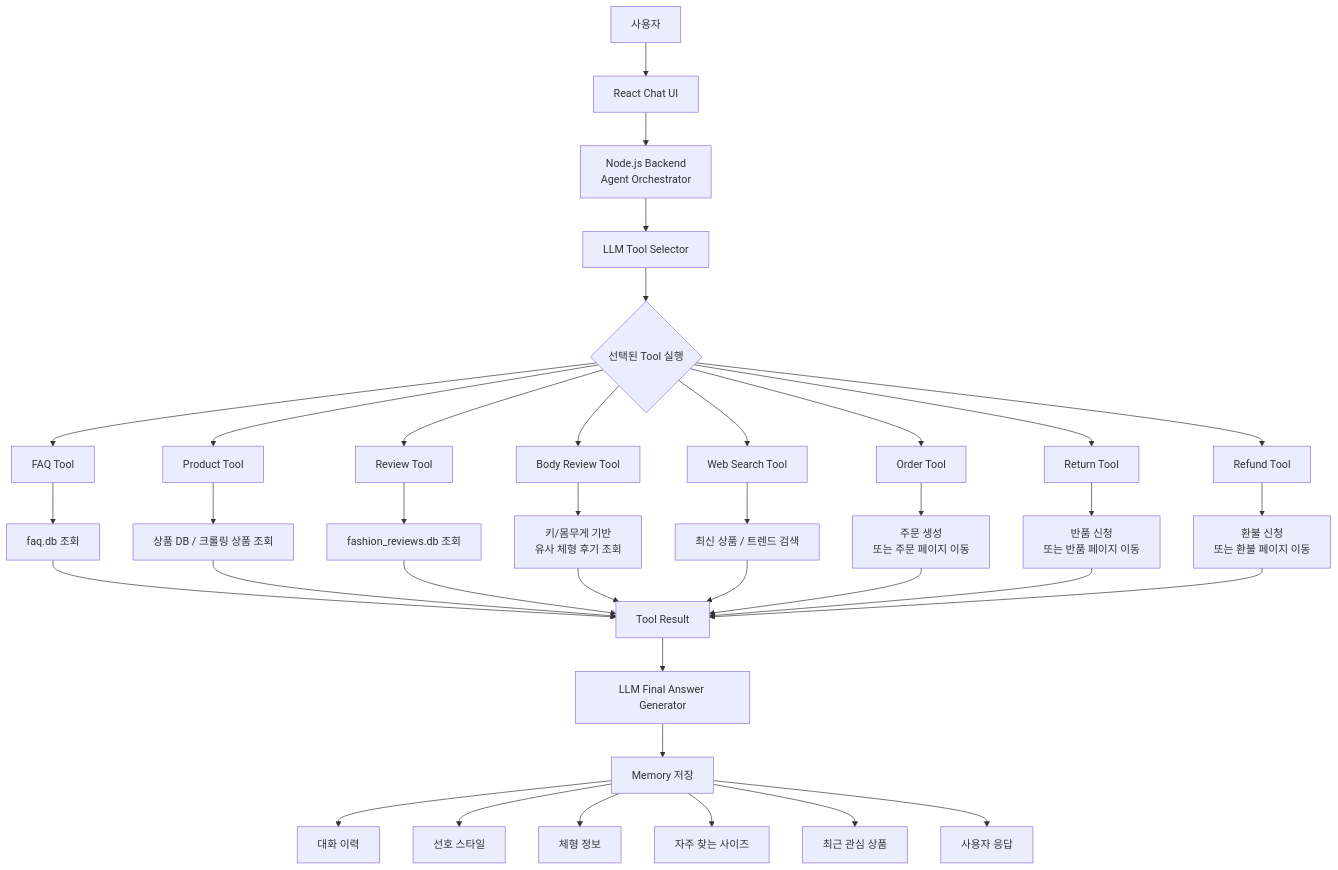
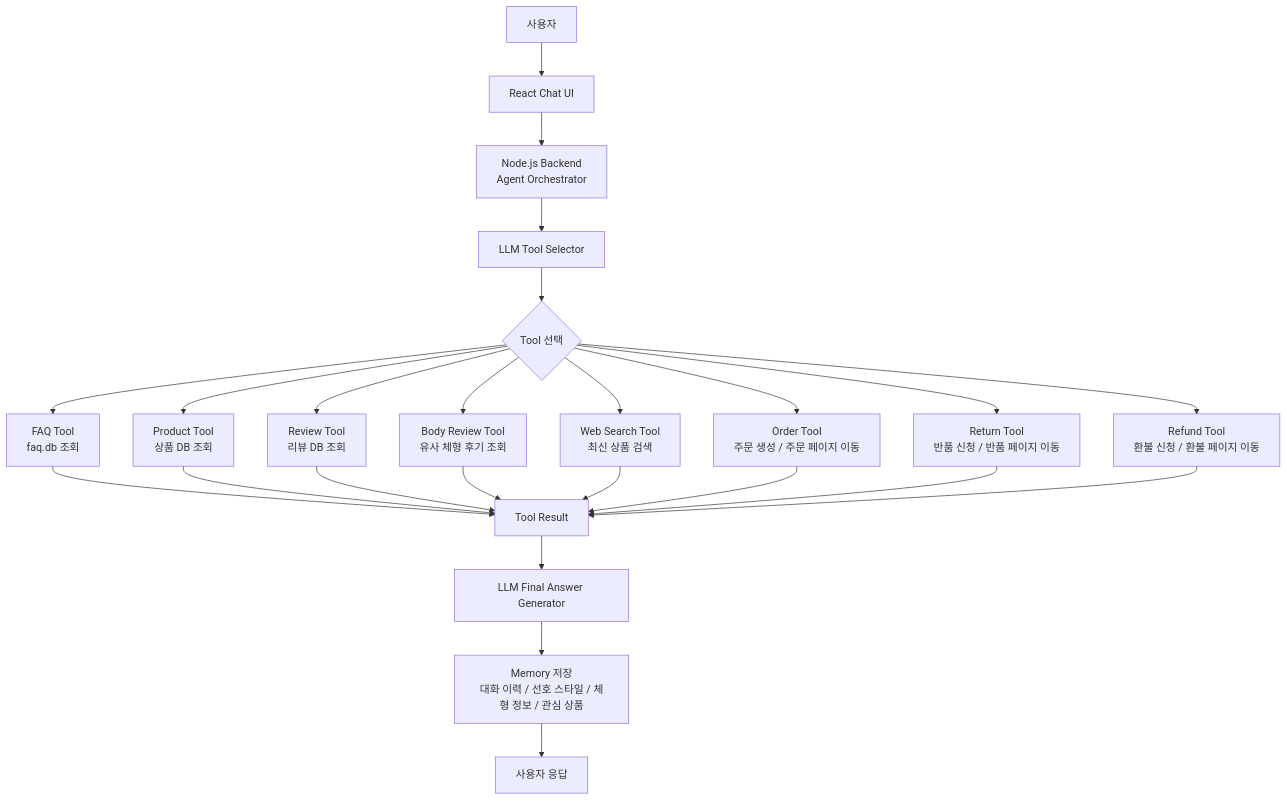
Before and after one commit to qnpfrenpfrdnpfr/LEVIT: the second of 2 diagrams in README.md, drawn with Mermaid.

````diff
--- a/README.md
+++ b/README.md
@@ -259,52 +261,30 @@
 ```mermaid
 flowchart TD
-    A[사용자] --> B[React Chat UI]
-    B --> C[Node.js Backend<br/>Agent Orchestrator]
-    C --> D[LLM Tool Selector]
+    User[사용자] --> UI[React Chat UI]
+    UI --> Backend[Node.js Backend<br/>Agent Orchestrator]
+    Backend --> Selector[LLM Tool Selector]
 
-    D --> E{선택된 Tool 실행}
+    Selector --> Tool{Tool 선택}
 
-    E --> F[FAQ Tool]
-    F --> F1[faq.db 조회]
+    Tool --> FAQ[FAQ Tool<br/>faq.db 조회]
+    Tool --> Product[Product Tool<br/>상품 DB 조회]
+    Tool --> Review[Review Tool<br/>리뷰 DB 조회]
+    Tool --> Body[Body Review Tool<br/>유사 체형 후기 조회]
+    Tool --> Web[Web Search Tool<br/>최신 상품 검색]
+    Tool --> Order[Order Tool<br/>주문 생성 / 주문 페이지 이동]
+    Tool --> Return[Return Tool<br/>반품 신청 / 반품 페이지 이동]
+    Tool --> Refund[Refund Tool<br/>환불 신청 / 환불 페이지 이동]
 
-    E --> G[Product Tool]
-    G --> G1[상품 DB / 크롤링 상품 조회]
+    FAQ --> Result[Tool Result]
+    Product --> Result
+    Review --> Result
+    Body --> Result
+    Web --> Result
+    Order --> Result
+    Return --> Result
+    Refund --> Result
 
-    E --> H[Review Tool]
-    H --> H1[fashion_reviews.db 조회]
-
-    E --> I[Body Review Tool]
-    I --> I1[키/몸무게 기반<br/>유사 체형 후기 조회]
-
-    E --> J[Web Search Tool]
-    J --> J1[최신 상품 / 트렌드 검색]
-
-    E --> K[Order Tool]
-    K --> K1[주문 생성<br/>또는 주문 페이지 이동]
-
-    E --> L[Return Tool]
-    L --> L1[반품 신청<br/>또는 반품 페이지 이동]
-
-    E --> M[Refund Tool]
-    M --> M1[환불 신청<br/>또는 환불 페이지 이동]
-
-    F1 --> N[Tool Result]
-    G1 --> N
-    H1 --> N
-    I1 --> N
-    J1 --> N
-    K1 --> N
-    L1 --> N
-    M1 --> N
-
-    N --> O[LLM Final Answer Generator]
-    O --> P[Memory 저장]
-
-    P --> P1[대화 이력]
-    P --> P2[선호 스타일]
-    P --> P3[체형 정보]
-    P --> P4[자주 찾는 사이즈]
-    P --> P5[최근 관심 상품]
-
-    P --> Q[사용자 응답]
+    Result --> Answer[LLM Final Answer Generator]
+    Answer --> Memory[Memory 저장<br/>대화 이력 / 선호 스타일 / 체형 정보 / 관심 상품]
+    Memory --> Response[사용자 응답]
 ```
````
